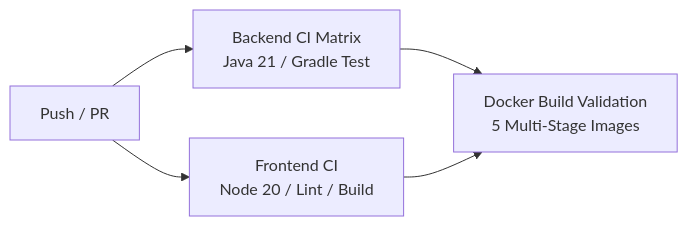
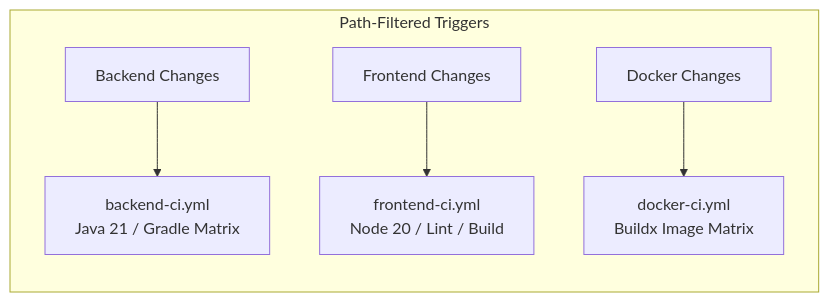
One commit to Akshaysd592/ai-trend-explorer changed the third of 3 diagrams in readme.md. Above: the diagram before and after it, drawn with Mermaid. The commit also changed other lines of this file and 5 other files, not shown here.

````diff
--- a/readme.md
+++ b/readme.md
@@ -307,7 +313,8 @@
 ```mermaid
 flowchart LR
-    A[Push / PR] --> B[Backend CI Matrix<br/>Java 21 / Gradle Test]
-    A --> C[Frontend CI<br/>Node 20 / Lint / Build]
-    B --> D[Docker Build Validation<br/>5 Multi-Stage Images]
-    C --> D
+    subgraph Triggers["Path-Filtered Triggers"]
+        B_CHG["Backend Changes"] --> B_CI["backend-ci.yml<br/>Java 21 / Gradle Matrix"]
+        F_CHG["Frontend Changes"] --> F_CI["frontend-ci.yml<br/>Node 20 / Lint / Build"]
+        D_CHG["Docker Changes"] --> D_CI["docker-ci.yml<br/>Buildx Image Matrix"]
+    end
 ```
````
